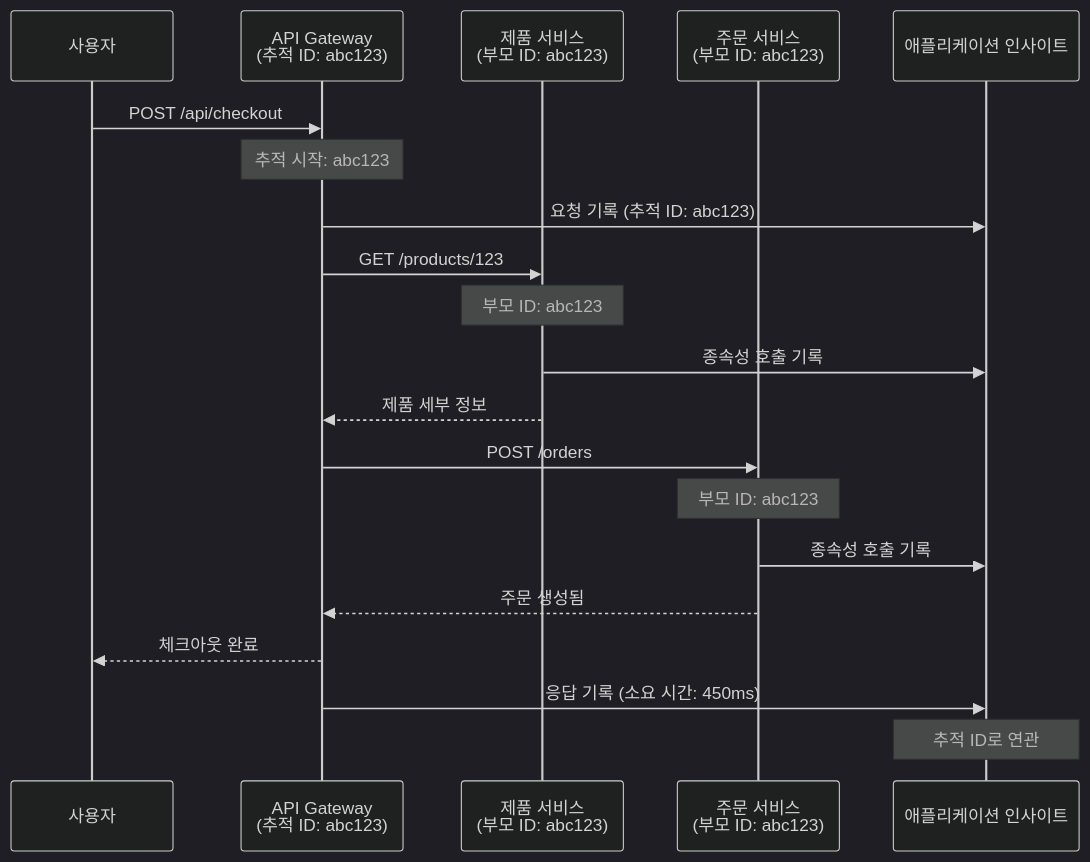
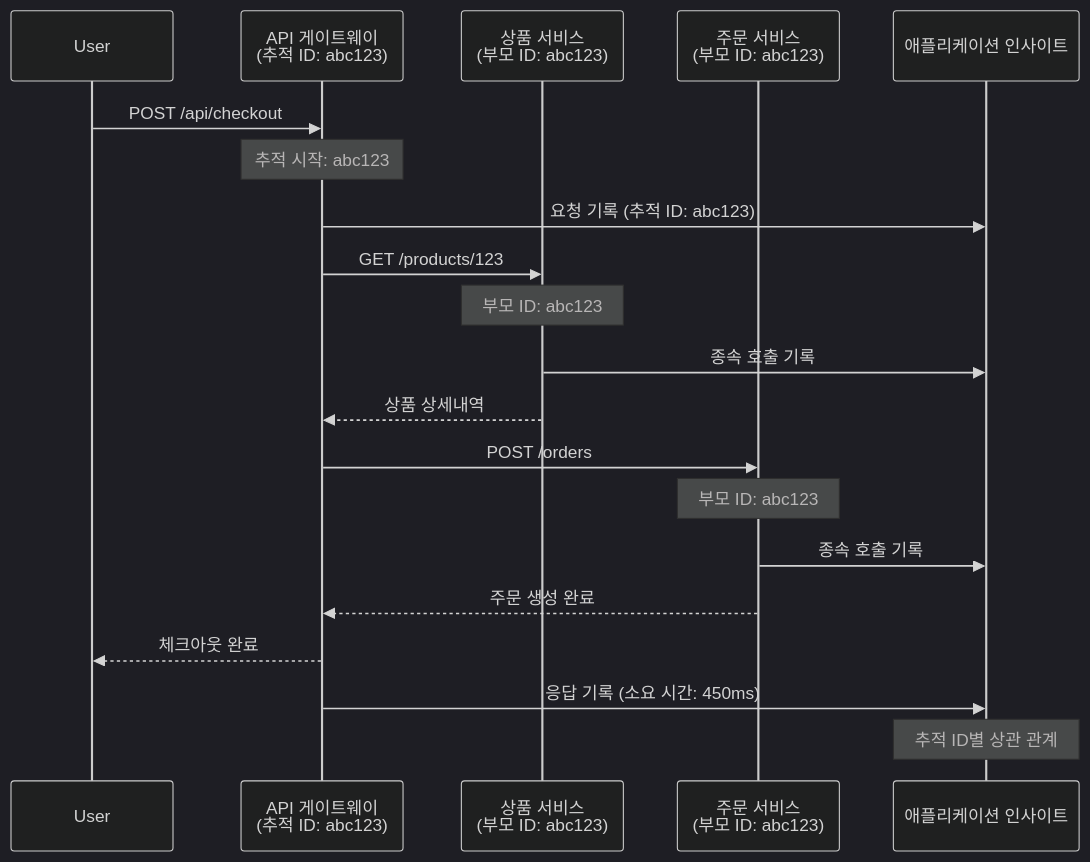
Before and after one commit to microsoft/AZD-for-beginners: the second of 2 diagrams in translations/ko/docs/chapter-06-pre-deployment/application-insights.md, drawn with Mermaid (dark theme). The commit also changed other lines of this file and 101 other files, not shown here.

````diff
--- a/translations/ko/docs/chapter-06-pre-deployment/application-insights.md
+++ b/translations/ko/docs/chapter-06-pre-deployment/application-insights.md
@@ -744,27 +744,27 @@
 ```mermaid
 sequenceDiagram
-    participant User as 사용자
-    participant Gateway as API Gateway<br/>(추적 ID: abc123)
-    participant Product as 제품 서비스<br/>(부모 ID: abc123)
+    participant User
+    participant Gateway as API 게이트웨이<br/>(추적 ID: abc123)
+    participant Product as 상품 서비스<br/>(부모 ID: abc123)
     participant Order as 주문 서비스<br/>(부모 ID: abc123)
     participant AppInsights as 애플리케이션 인사이트
     
     User->>Gateway: POST /api/checkout
     Note over Gateway: 추적 시작: abc123
     Gateway->>AppInsights: 요청 기록 (추적 ID: abc123)
     
     Gateway->>Product: GET /products/123
     Note over Product: 부모 ID: abc123
-    Product->>AppInsights: 종속성 호출 기록
-    Product-->>Gateway: 제품 세부 정보
+    Product->>AppInsights: 종속 호출 기록
+    Product-->>Gateway: 상품 상세내역
     
     Gateway->>Order: POST /orders
     Note over Order: 부모 ID: abc123
-    Order->>AppInsights: 종속성 호출 기록
-    Order-->>Gateway: 주문 생성됨
+    Order->>AppInsights: 종속 호출 기록
+    Order-->>Gateway: 주문 생성 완료
     
     Gateway-->>User: 체크아웃 완료
     Gateway->>AppInsights: 응답 기록 (소요 시간: 450ms)
     
-    Note over AppInsights: 추적 ID로 연관
+    Note over AppInsights: 추적 ID별 상관 관계
 ```
````
